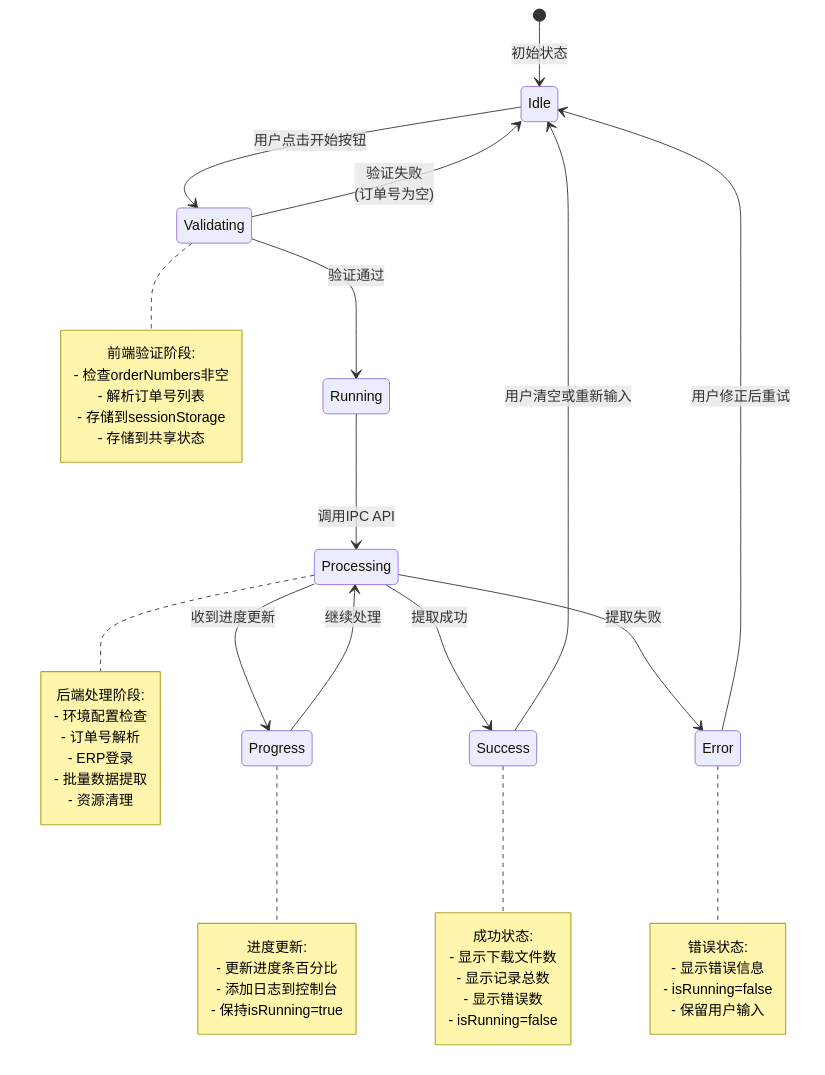
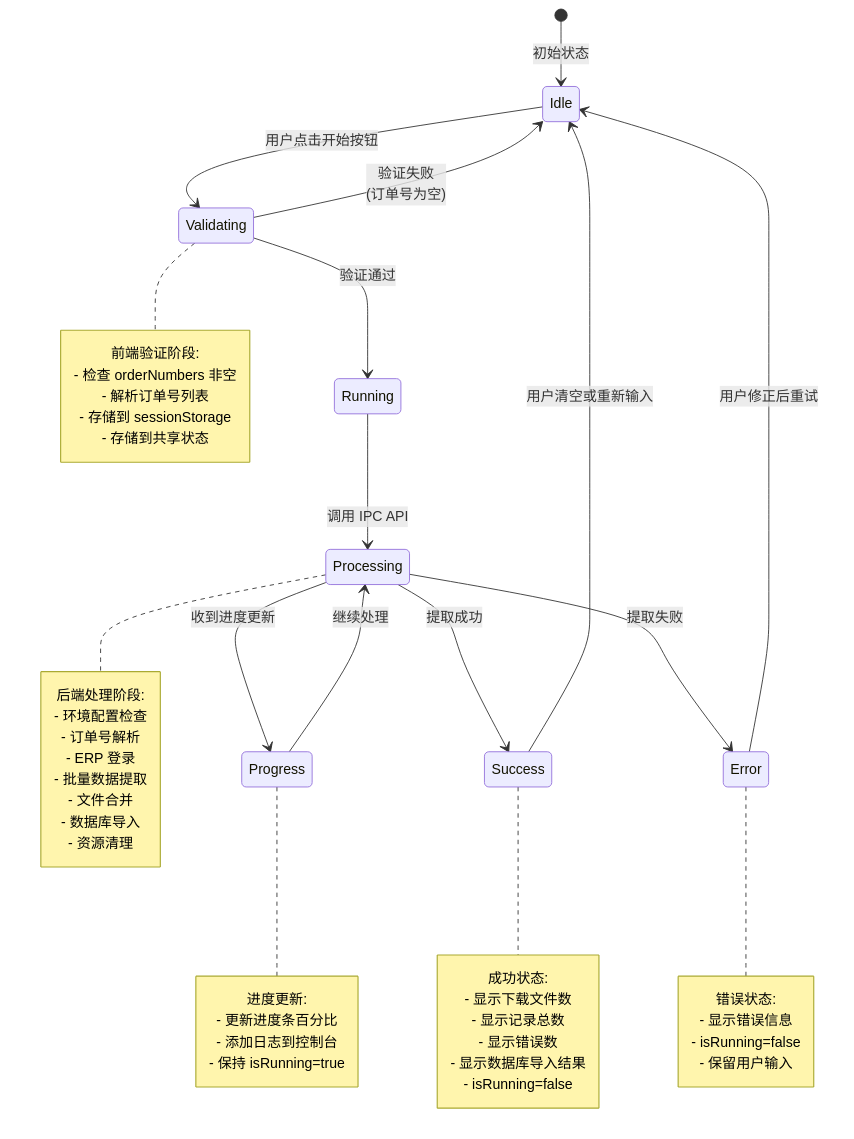
The third of 5 diagrams in docs/extractor-start-button-flow.md (Misaka-Dev-Hub/ERPAuto), drawn with Mermaid before and after one commit. The commit also changed other lines of this file, not shown here.

First line of the commit message:
docs: update extractor-start-button-flow.md to v1.3

````diff
--- a/docs/extractor-start-button-flow.md
+++ b/docs/extractor-start-button-flow.md
@@ -242,57 +301,60 @@
 ```mermaid
 stateDiagram-v2
     [*] --> Idle: 初始状态
 
     Idle --> Validating: 用户点击开始按钮
     Validating --> Idle: 验证失败<br/>(订单号为空)
     Validating --> Running: 验证通过
 
-    Running --> Processing: 调用IPC API
+    Running --> Processing: 调用 IPC API
     Processing --> Progress: 收到进度更新
     Progress --> Processing: 继续处理
 
     Processing --> Success: 提取成功
     Processing --> Error: 提取失败
 
     Success --> Idle: 用户清空或重新输入
     Error --> Idle: 用户修正后重试
 
     note right of Validating
         前端验证阶段:
-        - 检查orderNumbers非空
+        - 检查 orderNumbers 非空
         - 解析订单号列表
-        - 存储到sessionStorage
+        - 存储到 sessionStorage
         - 存储到共享状态
     end note
 
     note right of Processing
         后端处理阶段:
         - 环境配置检查
         - 订单号解析
-        - ERP登录
+        - ERP 登录
         - 批量数据提取
+        - 文件合并
+        - 数据库导入
         - 资源清理
     end note
 
     note right of Progress
         进度更新:
         - 更新进度条百分比
         - 添加日志到控制台
-        - 保持isRunning=true
+        - 保持 isRunning=true
     end note
 
     note right of Success
         成功状态:
         - 显示下载文件数
         - 显示记录总数
         - 显示错误数
+        - 显示数据库导入结果
         - isRunning=false
     end note
 
     note right of Error
         错误状态:
         - 显示错误信息
         - isRunning=false
         - 保留用户输入
     end note
 ```
````
